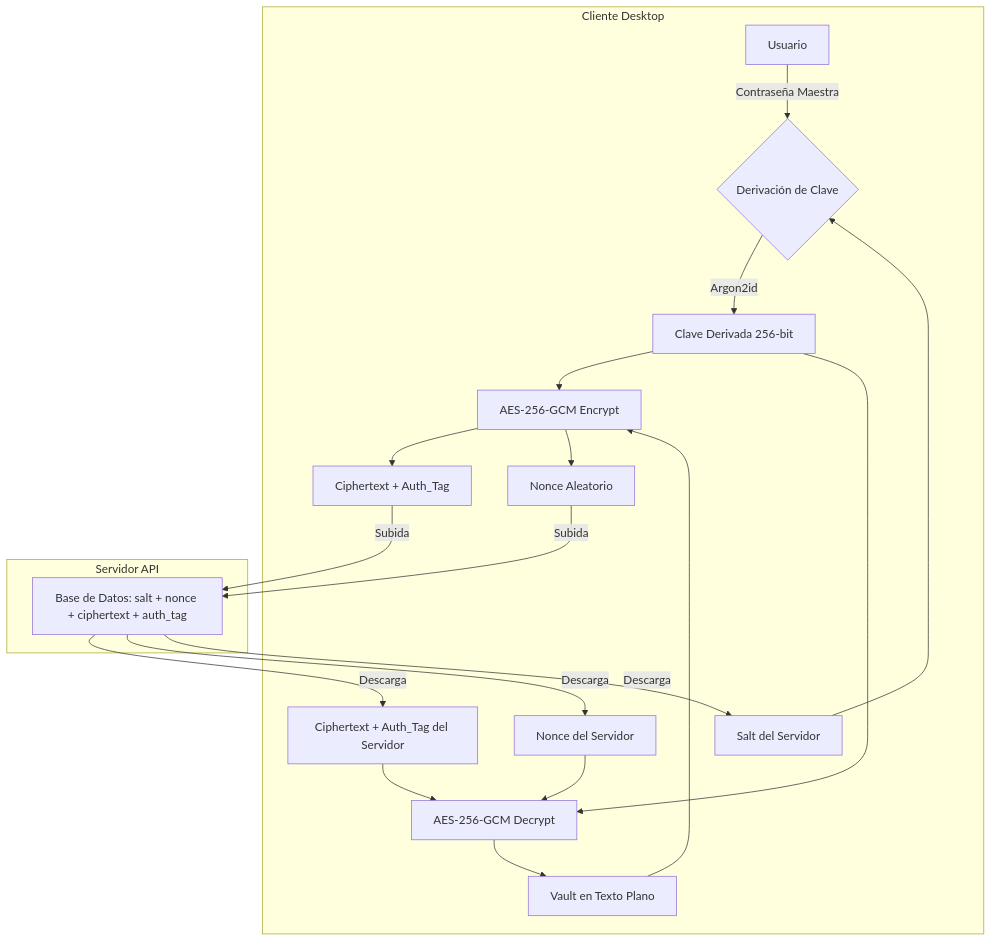
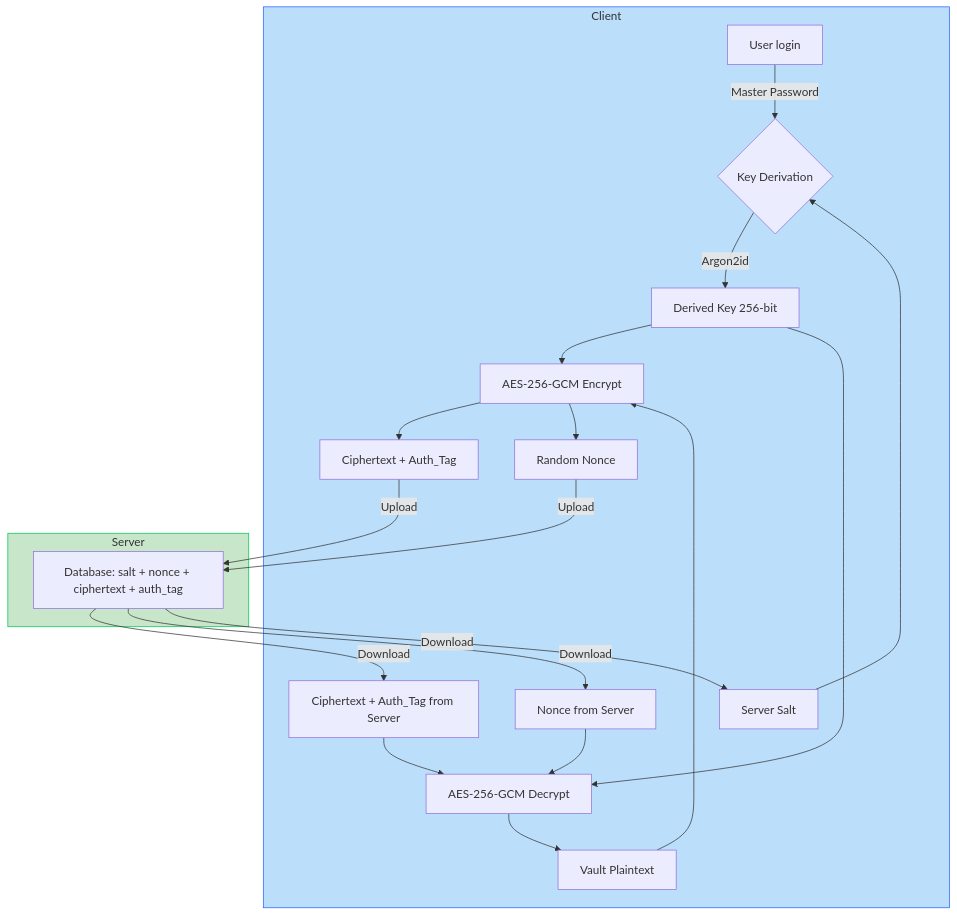
One commit to DavidHerencia/password_manager_crypto changed the first of 4 diagrams in README.md. Above: the diagram before and after it, drawn with Mermaid. The commit also changed other lines of this file and 10 other files, not shown here.

````diff
--- a/README.md
+++ b/README.md
@@ -69,28 +69,35 @@
 ```mermaid
-flowchart TD
-    subgraph Cliente Desktop
-        U[Usuario] -->|"Contraseña Maestra"| C{Derivación de Clave}
-        S[Salt del Servidor] --> C
-        C --"Argon2id"--> K[Clave Derivada 256-bit]
+flowchart TB
+ subgraph subGraph0["Client"]
+        C{"Key Derivation"}
+        U["User login"]
+        S["Server Salt"]
+        K["Derived Key 256-bit"]
+        ENC["AES-256-GCM Encrypt"]
+        V_PT["Vault Plaintext"]
+        V_CT["Ciphertext + Auth_Tag"]
+        N["Random Nonce"]
+        DEC["AES-256-GCM Decrypt"]
+        V_CT_IN["Ciphertext + Auth_Tag from Server"]
+        N_IN["Nonce from Server"]
+  end
+ subgraph subGraph1["Server"]
+        DB["Database: salt + nonce + ciphertext + auth_tag"]
+  end
+    U -- Master Password --> C
+    S --> C
+    C -- Argon2id --> K
+    V_PT --> ENC
+    K --> ENC & DEC
+    ENC --> V_CT & N
+    V_CT_IN --> DEC
+    N_IN --> DEC
+    DEC --> V_PT
+    V_CT -- Upload --> DB
+    N -- Upload --> DB
+    DB -- Download --> V_CT_IN & N_IN & S
 
-        V_PT[Vault en Texto Plano] --> ENC[AES-256-GCM Encrypt]
-        K --> ENC
-        ENC --> V_CT[Ciphertext + Auth_Tag]
-        ENC --> N[Nonce Aleatorio]
 
-        K --> DEC[AES-256-GCM Decrypt]
-        V_CT_IN[Ciphertext + Auth_Tag del Servidor] --> DEC
-        N_IN[Nonce del Servidor] --> DEC
-        DEC --> V_PT
-    end
-
-    subgraph Servidor API
-        DB[Base de Datos: salt + nonce + ciphertext + auth_tag]
-    end
-
-    V_CT -->|"Subida"| DB
-    N -->|"Subida"| DB
-    DB -->|"Descarga"| V_CT_IN
-    DB -->|"Descarga"| N_IN
-    DB -->|"Descarga"| S
+    style subGraph1 fill:#C8E6C9,stroke:#00C853
+    style subGraph0 fill:#BBDEFB,stroke:#2962FF
 ```
````
